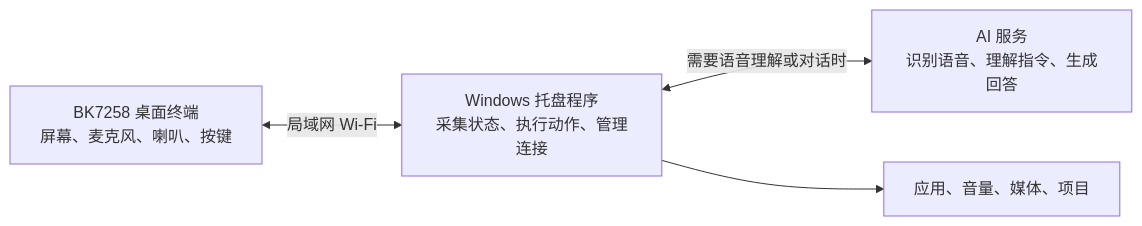
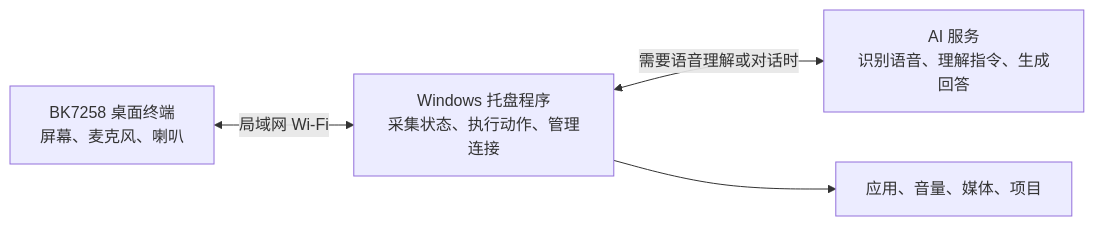
One commit to SmallCoral/BK7258 changed the diagram in docs/PROJECT_PLAN.md. Above: the diagram before and after it, drawn with Mermaid. The commit also changed other lines of this file and 209 other files, not shown here.

First line of the commit message:
Add DeskSprite schematics and optimize peripheral GPIO assignments

````diff
--- a/docs/PROJECT_PLAN.md
+++ b/docs/PROJECT_PLAN.md
@@ -27,10 +29,10 @@
 ```mermaid
 flowchart LR
-    A["BK7258 桌面终端<br/>屏幕、麦克风、喇叭、按键"]
+    A["BK7258 桌面终端<br/>屏幕、麦克风、喇叭"]
     B["Windows 托盘程序<br/>采集状态、执行动作、管理连接"]
     C["AI 服务<br/>识别语音、理解指令、生成回答"]
 
     A <-->|"局域网 Wi-Fi"| B
     B <-->|"需要语音理解或对话时"| C
     B --> D["应用、音量、媒体、项目"]
 ```
````
